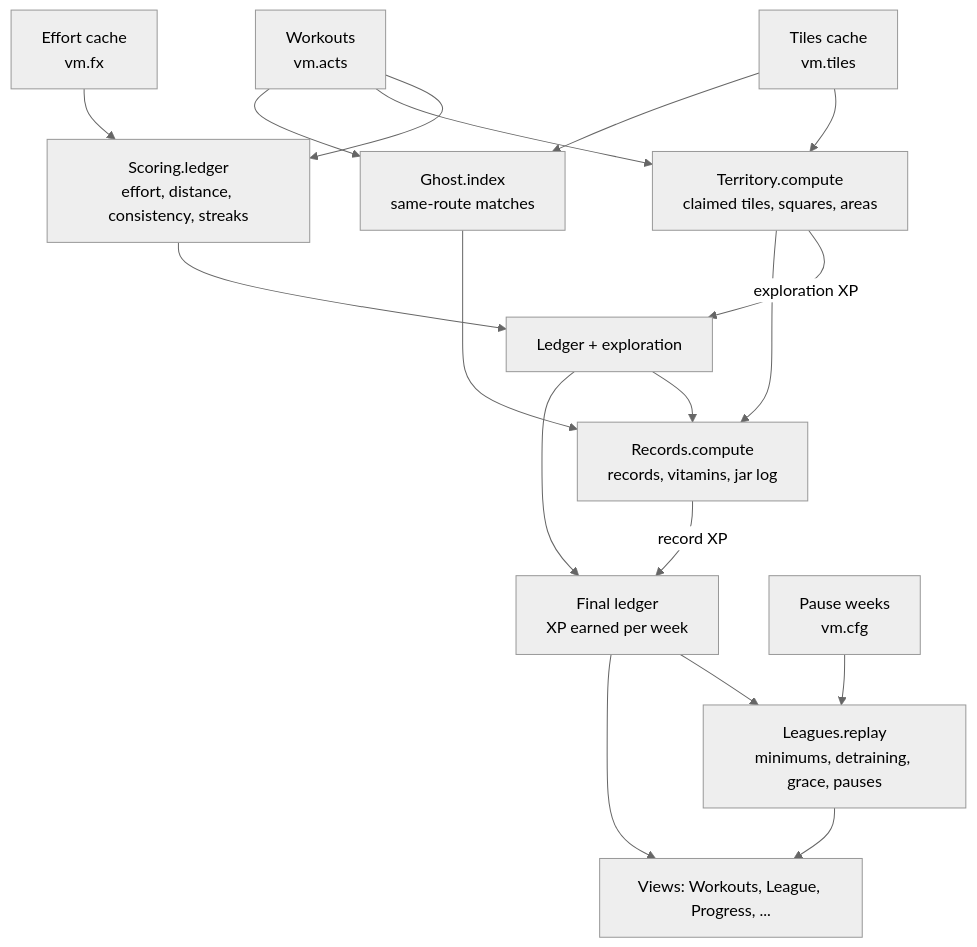
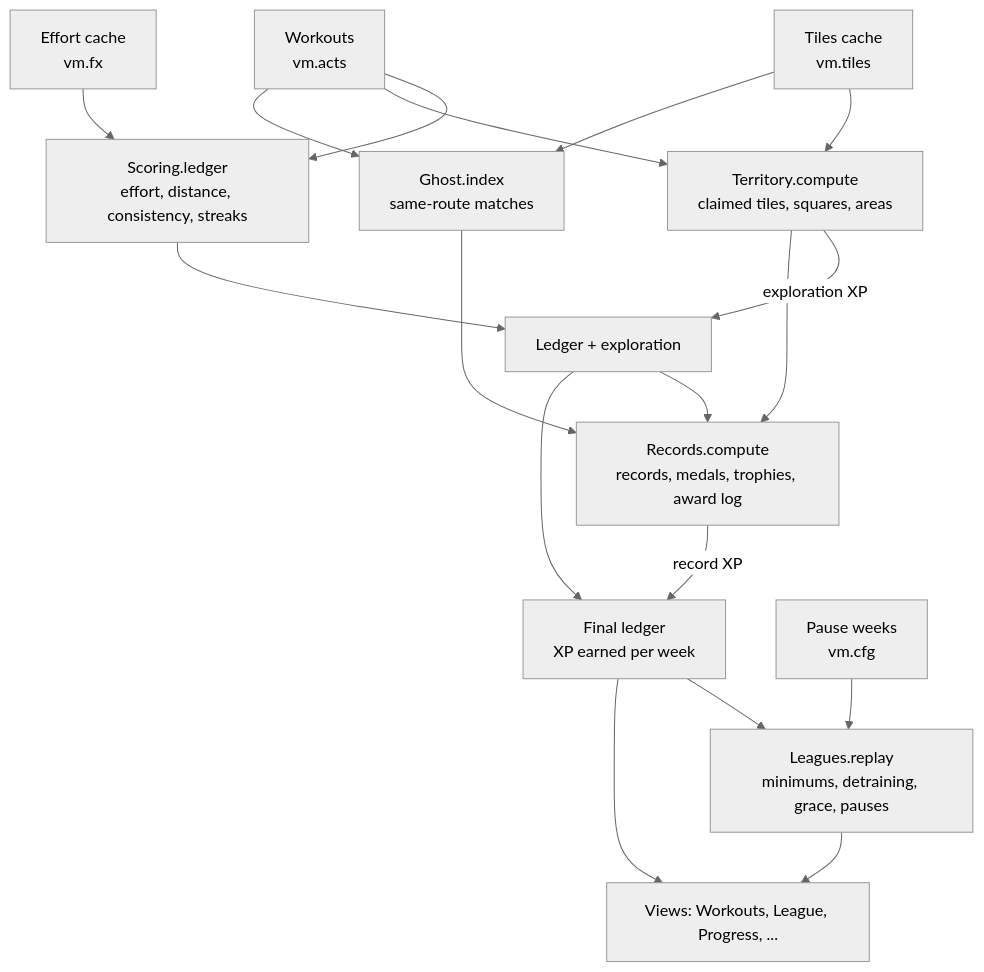
The second of 2 diagrams in README.md (akwilabrave/vitamin-me), drawn with Mermaid (neutral theme) before and after one commit. The commit also changed other lines of this file and 17 other files, not shown here.

First line of the commit message:
Rebrand to Doppel: you vs you, medals, trophies and a ghost mascot

````diff
--- a/README.md
+++ b/README.md
@@ -387,20 +427,20 @@
 ```mermaid
 flowchart TD
     acts[Workouts<br/>vm.acts] --> L[Scoring.ledger<br/>effort, distance, consistency, streaks]
     fx[Effort cache<br/>vm.fx] --> L
     tiles[Tiles cache<br/>vm.tiles] --> T[Territory.compute<br/>claimed tiles, squares, areas]
     acts --> T
     T -->|exploration XP| L2[Ledger + exploration]
     L --> L2
     tiles --> G[Ghost.index<br/>same-route matches]
     acts --> G
-    L2 --> R[Records.compute<br/>records, vitamins, jar log]
+    L2 --> R[Records.compute<br/>records, medals, trophies, award log]
     G --> R
     T --> R
     R -->|record XP| LF[Final ledger<br/>XP earned per week]
     L2 --> LF
     LF --> LG[Leagues.replay<br/>minimums, detraining, grace, pauses]
     pauses[Pause weeks<br/>vm.cfg] --> LG
     LG --> UI[Views: Workouts, League, Progress, ...]
     LF --> UI
 ```
````
